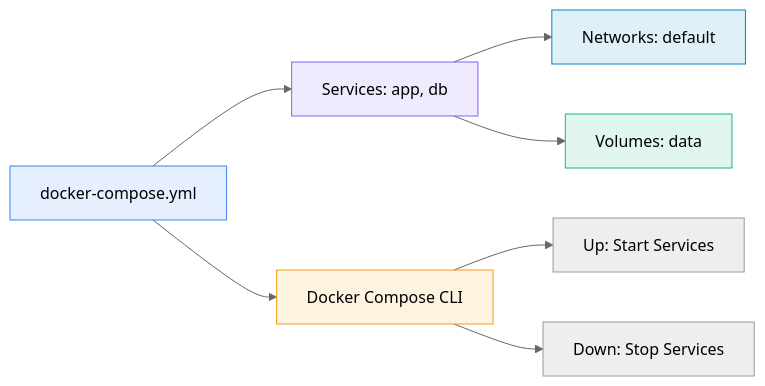
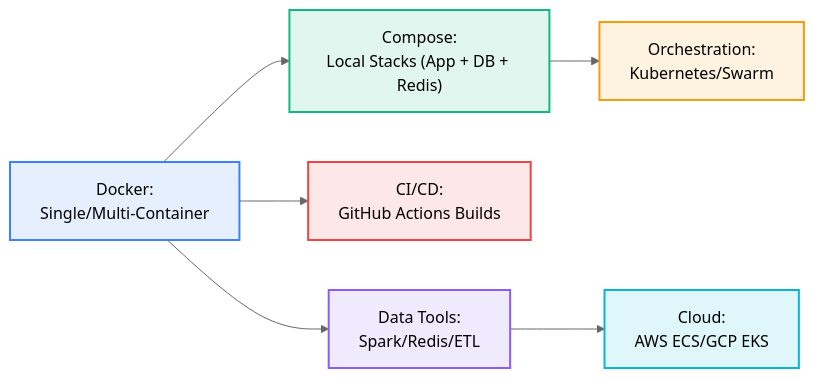
One commit to MadeInShineA/hei-course-summaries changed the third of 3 diagrams in 302.1-data-computation/docker.md. Above: the diagram before and after it, drawn with Mermaid (neutral theme). The commit also changed other lines of this file and 1 other file, not shown here.

Commit message:
Updated docker.md to be on par with the quiz

````diff
--- a/302.1-data-computation/docker.md
+++ b/302.1-data-computation/docker.md
@@ -341,15 +924,15 @@
 ```mermaid
 graph LR
-    ComposeFile[docker-compose.yml] --> Services[Services: app, db]
-    Services --> Networks[Networks: default]
-    Services --> Volumes[Volumes: data]
-    ComposeFile --> CLI[Docker Compose CLI]
-    CLI --> Up[Up: Start Services]
-    CLI --> Down[Down: Stop Services]
-    
-    style ComposeFile fill:#3b82f620,stroke:#3b82f6
-    style Services fill:#8b5cf620,stroke:#8b5cf6
-    style Networks fill:#0284c720,stroke:#0284c7
-    style Volumes fill:#10b98120,stroke:#10b981
-    style CLI fill:#f59e0b20,stroke:#f59e0b
+    Docker["Docker:<br/>Single/Multi-Container"] --> Compose["Compose:<br/>Local Stacks (App + DB + Redis)"]
+    Compose --> Orchestrate["Orchestration:<br/>Kubernetes/Swarm"]
+    Docker --> CI["CI/CD:<br/>GitHub Actions Builds"]
+    Docker --> Data["Data Tools:<br/>Spark/Redis/ETL"]
+    Data --> Cloud["Cloud:<br/>AWS ECS/GCP EKS"]
+
+    style Docker fill:#3b82f620,stroke:#3b82f6,stroke-width:2px
+    style Compose fill:#10b98120,stroke:#10b981,stroke-width:2px
+    style Orchestrate fill:#f59e0b20,stroke:#f59e0b,stroke-width:2px
+    style CI fill:#ef444420,stroke:#ef4444,stroke-width:2px
+    style Data fill:#8b5cf620,stroke:#8b5cf6,stroke-width:2px
+    style Cloud fill:#06b6d420,stroke:#06b6d4,stroke-width:2px
 ```
````
